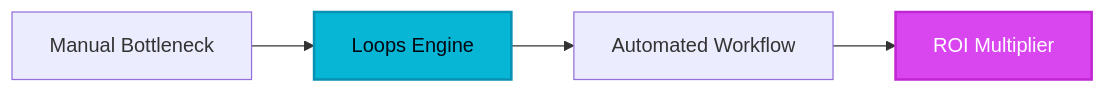
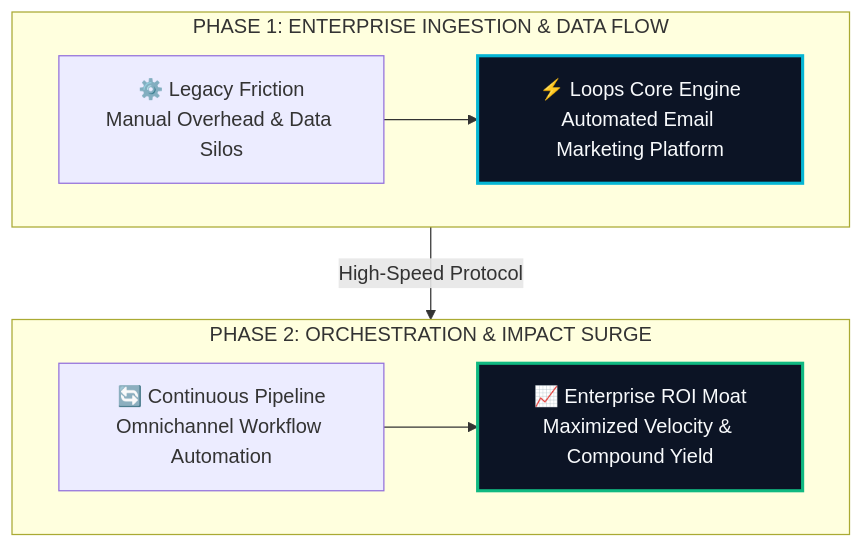
One commit to heliatech-media/saas-radar changed the diagram in site/src/content/blog/loops-evolution-guide-2026.md. Above: the diagram before and after it, drawn with Mermaid. The commit also changed 97 other files, not shown here.

First line of the commit message:
feat(diagrams): upgrade all article architecture schemas to high-impact 2-tier responsive vector blueprints

````diff
--- a/site/src/content/blog/loops-evolution-guide-2026.md
+++ b/site/src/content/blog/loops-evolution-guide-2026.md
@@ -67,8 +67,14 @@
 ```mermaid
-flowchart LR
-    A[Manual Bottleneck] --> B[Loops Engine]
-    B --> C[Automated Workflow]
-    C --> D[ROI Multiplier]
-    style B fill:#06b6d4,stroke:#0891b2,stroke-width:2px,color:#030712
-    style D fill:#d946ef,stroke:#c026d3,stroke-width:2px,color:#ffffff
+flowchart TD
+    subgraph S1["PHASE 1: ENTERPRISE INGESTION & DATA FLOW"]
+        direction LR
+        A["⚙️ Legacy Friction<br/>Manual Overhead & Data Silos"] --> B["⚡ Loops Core Engine<br/>Automated Email Marketing Platform"]
+    end
+    subgraph S2["PHASE 2: ORCHESTRATION & IMPACT SURGE"]
+        direction LR
+        C["🔄 Continuous Pipeline<br/>Omnichannel Workflow Automation"] --> D["📈 Enterprise ROI Moat<br/>Maximized Velocity & Compound Yield"]
+    end
+    S1 -->|High-Speed Protocol| S2
+    style B fill:#0c1425,stroke:#06b6d4,stroke-width:2.5px,color:#f8fafc
+    style D fill:#0c1425,stroke:#10b981,stroke-width:2.5px,color:#f8fafc
 ```
````
